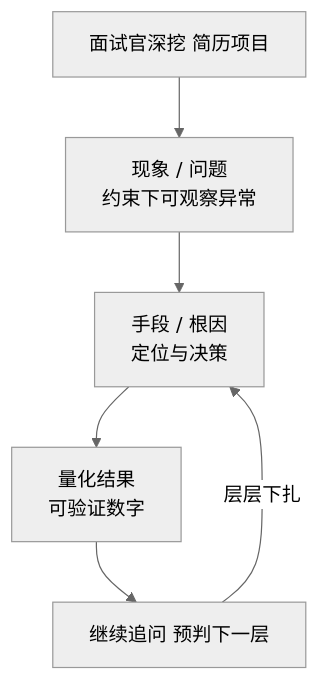
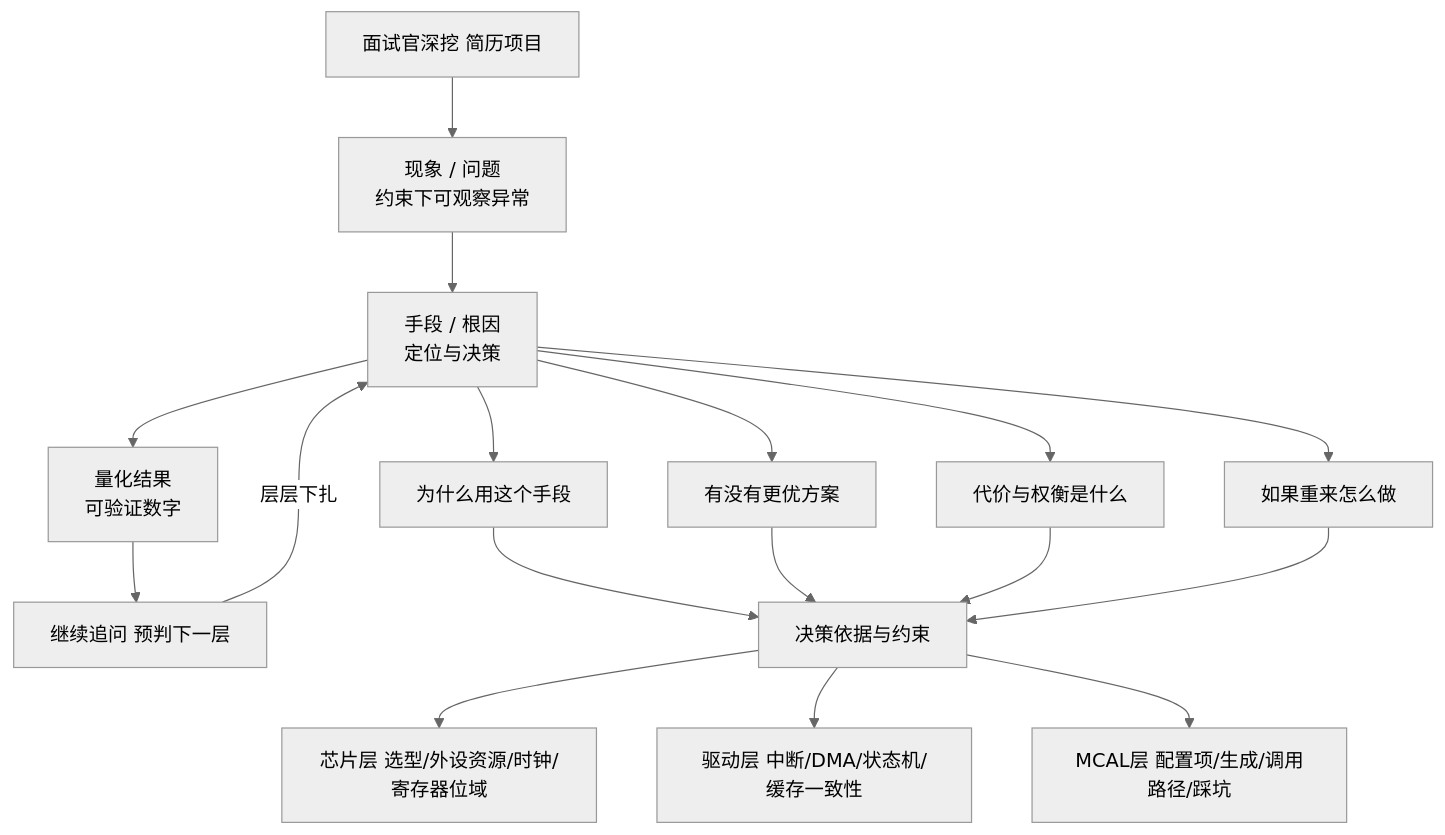
The first of 10 diagrams in articles/20-project-deep-dive.md (1208826038/embedded-skill-notes), drawn with Mermaid (neutral theme) before and after one commit. The commit also changed other lines of this file, not shown here.

````diff
--- a/articles/20-project-deep-dive.md
+++ b/articles/20-project-deep-dive.md
@@ -17,8 +49,19 @@
 ```mermaid
 graph TD
     P[面试官深挖 简历项目] --> Q[现象 / 问题<br/>约束下可观察异常]
     Q --> M[手段 / 根因<br/>定位与决策]
     M --> R[量化结果<br/>可验证数字]
     R --> F[继续追问 预判下一层]
     F -->|层层下扎| M
+    M --> N1[为什么用这个手段]
+    M --> N2[有没有更优方案]
+    M --> N3[代价与权衡是什么]
+    M --> N4[如果重来怎么做]
+    N1 --> D[决策依据与约束]
+    N2 --> D
+    N3 --> D
+    N4 --> D
+    D --> L1["芯片层 选型/外设资源/时钟/寄存器位域"]
+    D --> L2["驱动层 中断/DMA/状态机/缓存一致性"]
+    D --> L3["MCAL层 配置项/生成/调用路径/踩坑"]
 ```
````
